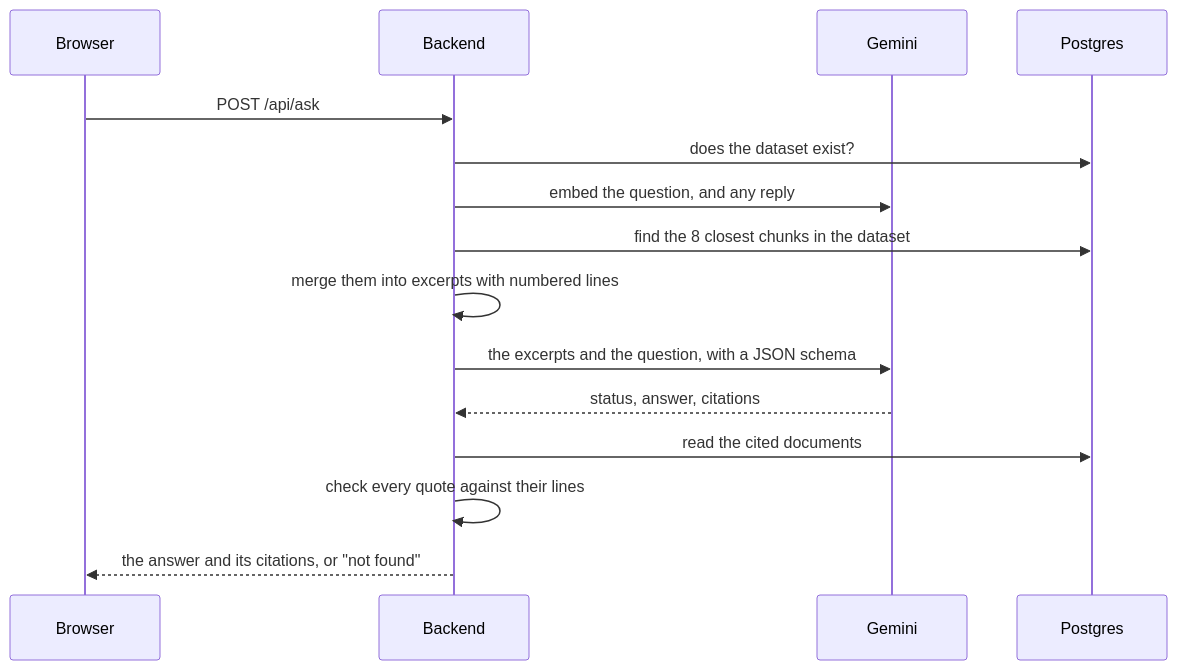
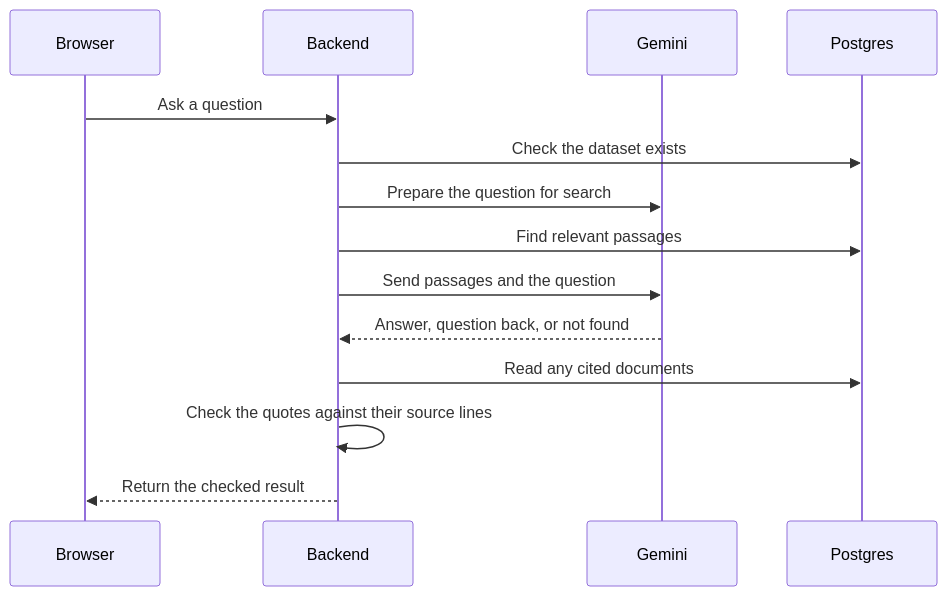
The third of 3 diagrams in README.md (DeniisPyr/Context-Lens), drawn with Mermaid before and after one commit. The commit also changed other lines of this file and 4 other files, not shown here.

````diff
--- a/README.md
+++ b/README.md
@@ -68,17 +112,16 @@
 ```mermaid
 sequenceDiagram
     participant UI as Browser
     participant API as Backend
     participant G as Gemini
     participant DB as Postgres
-    UI->>API: POST /api/ask
-    API->>DB: does the dataset exist?
-    API->>G: embed the question, and any reply
-    API->>DB: find the 8 closest chunks in the dataset
-    API->>API: merge them into excerpts with numbered lines
-    API->>G: the excerpts and the question, with a JSON schema
-    G-->>API: status, answer, citations
-    API->>DB: read the cited documents
-    API->>API: check every quote against their lines
-    API-->>UI: the answer and its citations, or "not found"
+    UI->>API: Ask a question
+    API->>DB: Check the dataset exists
+    API->>G: Prepare the question for search
+    API->>DB: Find relevant passages
+    API->>G: Send passages and the question
+    G-->>API: Answer, question back, or not found
+    API->>DB: Read any cited documents
+    API->>API: Check the quotes against their source lines
+    API-->>UI: Return the checked result
 ```
````
